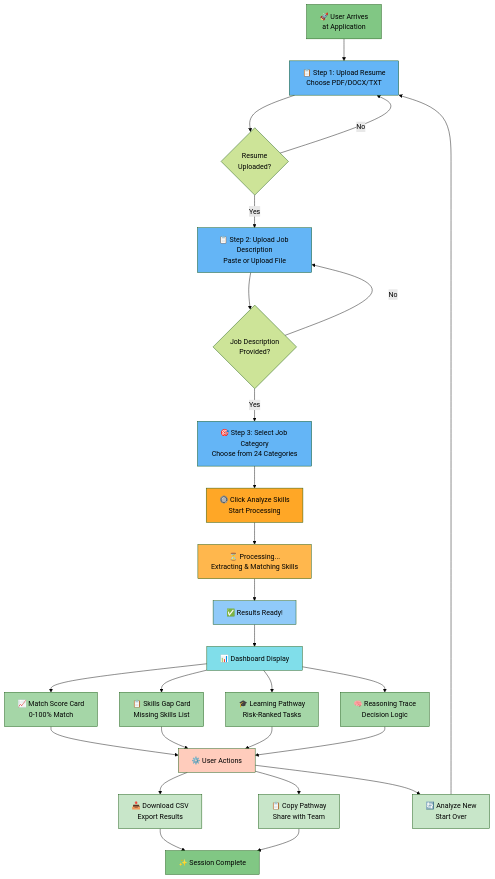
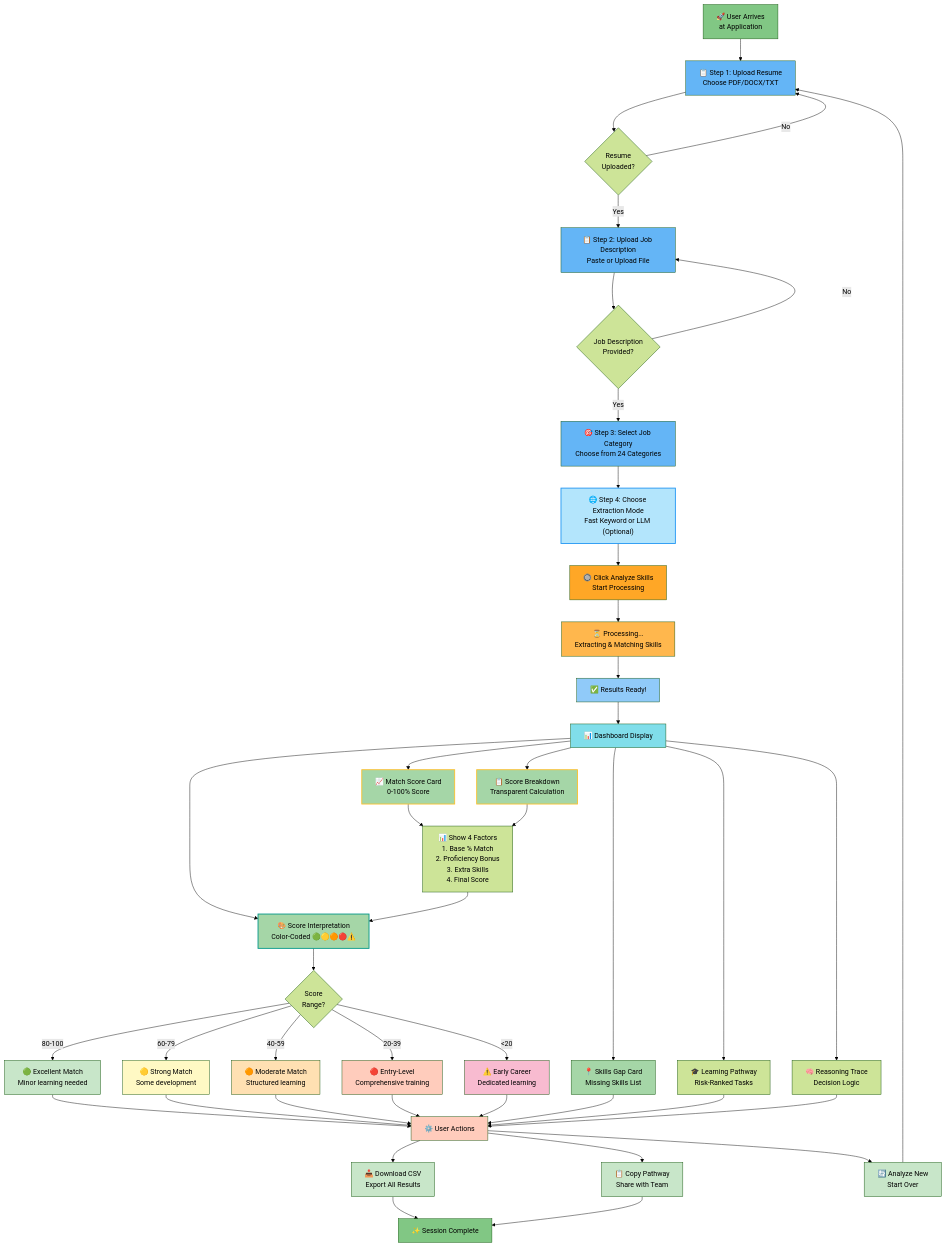
The diagram in diagrams/3_ui_ux_logic.mmd (vaishnavkoka/adaptive-onboarding-engine), drawn with Mermaid (forest theme) before and after one commit. The commit also changed 21 other files, not shown here.

```diff
--- a/diagrams/3_ui_ux_logic.mmd
+++ b/diagrams/3_ui_ux_logic.mmd
@@ -1,60 +1,89 @@
 graph TD
     Start["🚀 User Arrives<br/>at Application"]
     
     Start --> Step1["📋 Step 1: Upload Resume<br/>Choose PDF/DOCX/TXT"]
     
     Step1 --> Step1a{Resume<br/>Uploaded?}
     Step1a -->|No| Step1
     Step1a -->|Yes| Step2
     
     Step2["📋 Step 2: Upload Job Description<br/>Paste or Upload File"]
     
     Step2 --> Step2a{Job Description<br/>Provided?}
     Step2a -->|No| Step2
     Step2a -->|Yes| Step3
     
     Step3["🎯 Step 3: Select Job Category<br/>Choose from 24 Categories"]
     
-    Step3 --> Step4["🔘 Click Analyze Skills<br/>Start Processing"]
+    Step3 --> Step4["🌐 Step 4: Choose Extraction Mode<br/>Fast Keyword or LLM (Optional)"]
     
-    Step4 --> Processing["⏳ Processing...<br/>Extracting & Matching Skills"]
+    Step4 --> Step5["🔘 Click Analyze Skills<br/>Start Processing"]
+    
+    Step5 --> Processing["⏳ Processing...<br/>Extracting & Matching Skills"]
     
     Processing --> Results["✅ Results Ready!"]
     
     Results --> Display["📊 Dashboard Display"]
     
-    Display --> Card1["📈 Match Score Card<br/>0-100% Match"]
-    Display --> Card2["📋 Skills Gap Card<br/>Missing Skills List"]
-    Display --> Card3["🎓 Learning Pathway<br/>Risk-Ranked Tasks"]
-    Display --> Card4["🧠 Reasoning Trace<br/>Decision Logic"]
+    Display --> Card1["📈 Match Score Card<br/>0-100% Score"]
+    Display --> Card2["📋 Score Breakdown<br/>Transparent Calculation"]
+    Display --> Card3["🎨 Score Interpretation<br/>Color-Coded 🟢🟡🟠🔴⚠️"]
+    Display --> Card4["📍 Skills Gap Card<br/>Missing Skills List"]
+    Display --> Card5["🎓 Learning Pathway<br/>Risk-Ranked Tasks"]
+    Display --> Card6["🧠 Reasoning Trace<br/>Decision Logic"]
     
-    Card1 --> Actions["⚙️ User Actions"]
-    Card2 --> Actions
-    Card3 --> Actions
+    Card1 --> ScoreBreak["📊 Show 4 Factors<br/>1. Base % Match<br/>2. Proficiency Bonus<br/>3. Extra Skills<br/>4. Final Score"]
+    Card2 --> ScoreBreak
+    ScoreBreak --> Card3
+    
+    Card3 --> ScoreInterpret{Score<br/>Range?}
+    ScoreInterpret -->|80-100| Excellent["🟢 Excellent Match<br/>Minor learning needed"]
+    ScoreInterpret -->|60-79| Strong["🟡 Strong Match<br/>Some development"]
+    ScoreInterpret -->|40-59| Moderate["🟠 Moderate Match<br/>Structured learning"]
+    ScoreInterpret -->|20-39| Entry["🔴 Entry-Level<br/>Comprehensive training"]
+    ScoreInterpret -->|<20| Early["⚠️ Early Career<br/>Dedicated learning"]
+    
+    Excellent --> Actions["⚙️ User Actions"]
+    Strong --> Actions
+    Moderate --> Actions
+    Entry --> Actions
+    Early --> Actions
+    
     Card4 --> Actions
+    Card5 --> Actions
+    Card6 --> Actions
     
-    Actions --> Act1["📥 Download CSV<br/>Export Results"]
+    Actions --> Act1["📥 Download CSV<br/>Export All Results"]
     Actions --> Act2["📋 Copy Pathway<br/>Share with Team"]
     Actions --> Act3["🔄 Analyze New<br/>Start Over"]
     
     Act1 --> End["✨ Session Complete"]
     Act2 --> End
     Act3 --> Step1
     
     style Start fill:#81c784
     style Step1 fill:#64b5f6
     style Step2 fill:#64b5f6
     style Step3 fill:#64b5f6
-    style Step4 fill:#ffa726
+    style Step4 fill:#b3e5fc,stroke:#2196f3,stroke-width:2px
+    style Step5 fill:#ffa726
     style Processing fill:#ffb74d
     style Results fill:#90caf9
+    style Card1 fill:#fff9c4,stroke:#fbc02d,stroke-width:2px
+    style Card2 fill:#fff9c4,stroke:#fbc02d,stroke-width:2px
+    style Card3 fill:#e0f2f1,stroke:#009688,stroke-width:2px
+    style Excellent fill:#c8e6c9
+    style Strong fill:#fff9c4
+    style Moderate fill:#ffe0b2
+    style Entry fill:#ffccbc
+    style Early fill:#f8bbd0
     style Display fill:#80deea
     style Card1 fill:#a5d6a7
     style Card2 fill:#a5d6a7
     style Card3 fill:#a5d6a7
     style Card4 fill:#a5d6a7
     style Actions fill:#ffccbc
     style Act1 fill:#c8e6c9
     style Act2 fill:#c8e6c9
     style Act3 fill:#c8e6c9
     style End fill:#81c784
```
